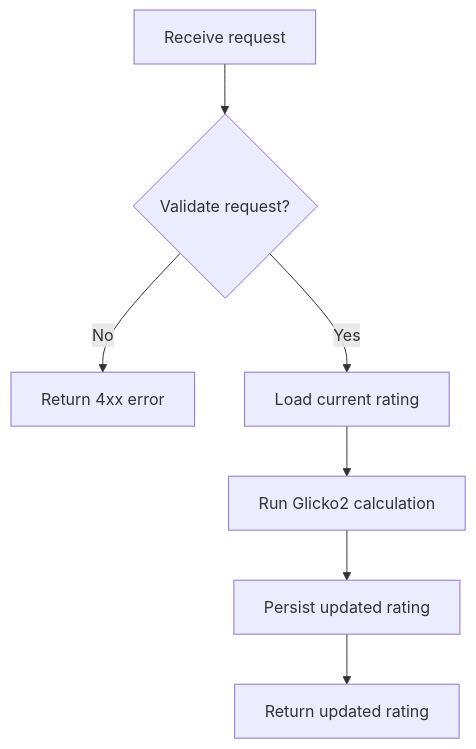
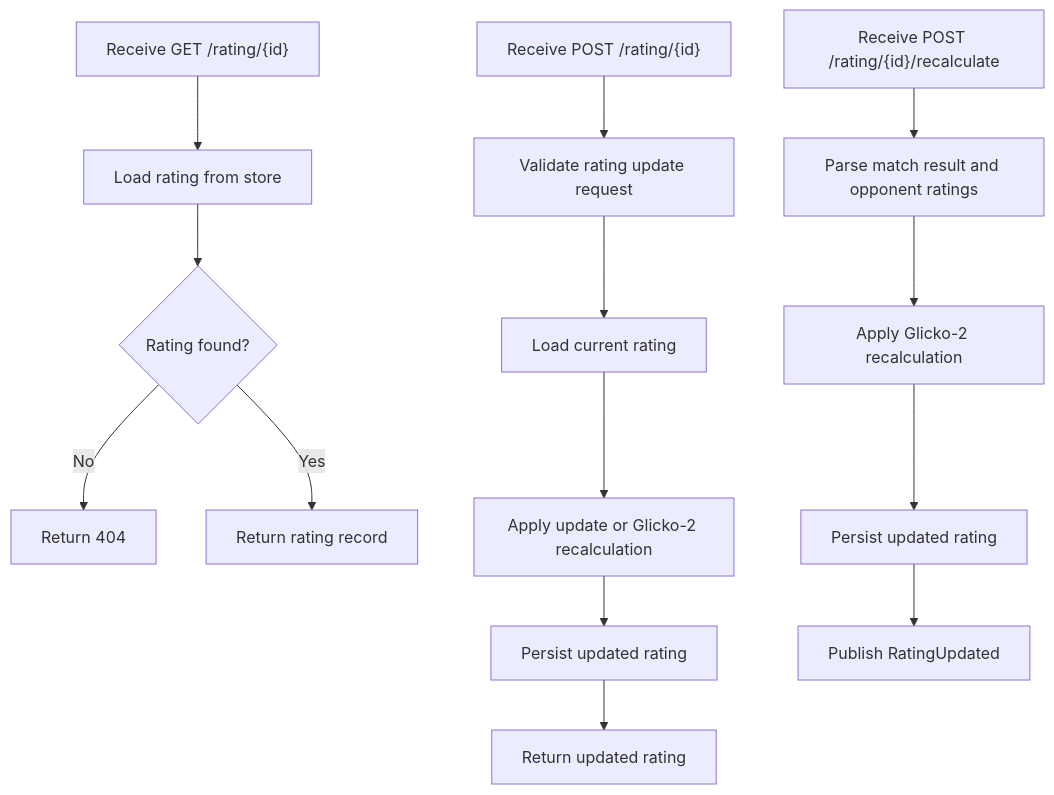
The seventh of 7 diagrams in docs/analysis-and-design.md (dpbL5/glicko2-matchmaking-system), drawn with Mermaid before and after one commit. The commit also changed other lines of this file and 1 other file, not shown here.

````diff
--- a/docs/analysis-and-design.md
+++ b/docs/analysis-and-design.md
@@ -353,9 +385,16 @@
 ```mermaid
 flowchart TD
-    A[Receive request] --> B{Validate request?}
-    B -->|No| C[Return 4xx error]
-    B -->|Yes| D[Load current rating]
-    D --> E[Run Glicko2 calculation]
-    E --> F[Persist updated rating]
-    F --> G[Return updated rating]
+    A["Receive GET /rating/{id}"] --> B[Load rating from store]
+    B --> C{Rating found?}
+    C -->|No| D[Return 404]
+    C -->|Yes| E[Return rating record]
+    F["Receive POST /rating/{id}"] --> G[Validate rating update request]
+    G --> H[Load current rating]
+    H --> I[Apply update or Glicko-2 recalculation]
+    I --> J[Persist updated rating]
+    J --> K[Return updated rating]
+    L["Receive POST /rating/{id}/recalculate"] --> M[Parse match result and opponent ratings]
+    M --> N[Apply Glicko-2 recalculation]
+    N --> O[Persist updated rating]
+    O --> P[Publish RatingUpdated]
 ```
````
